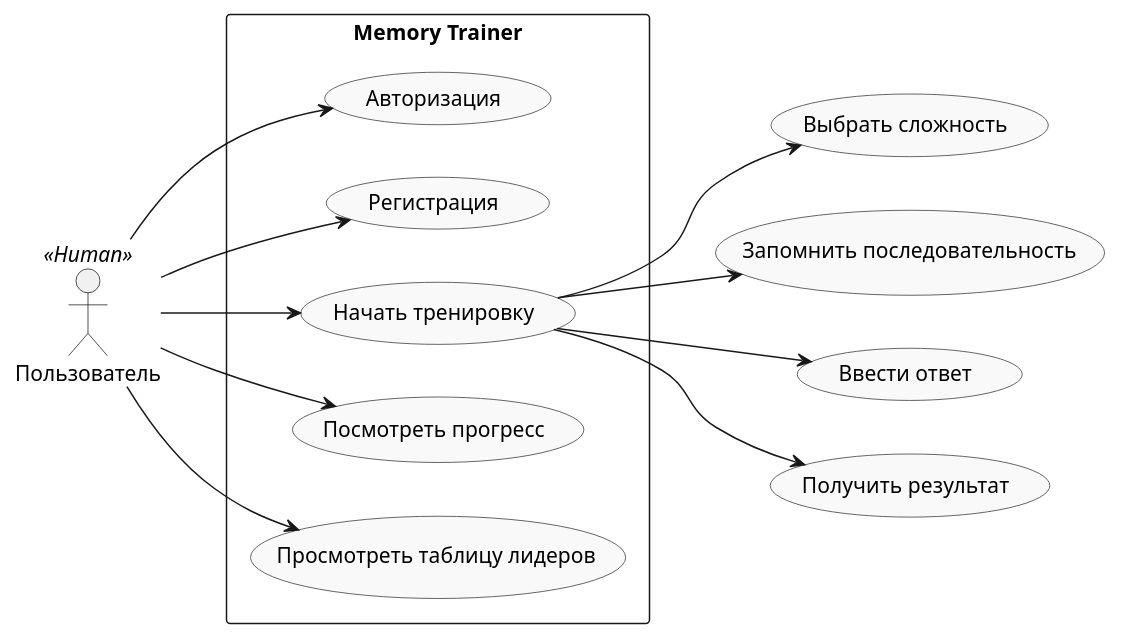
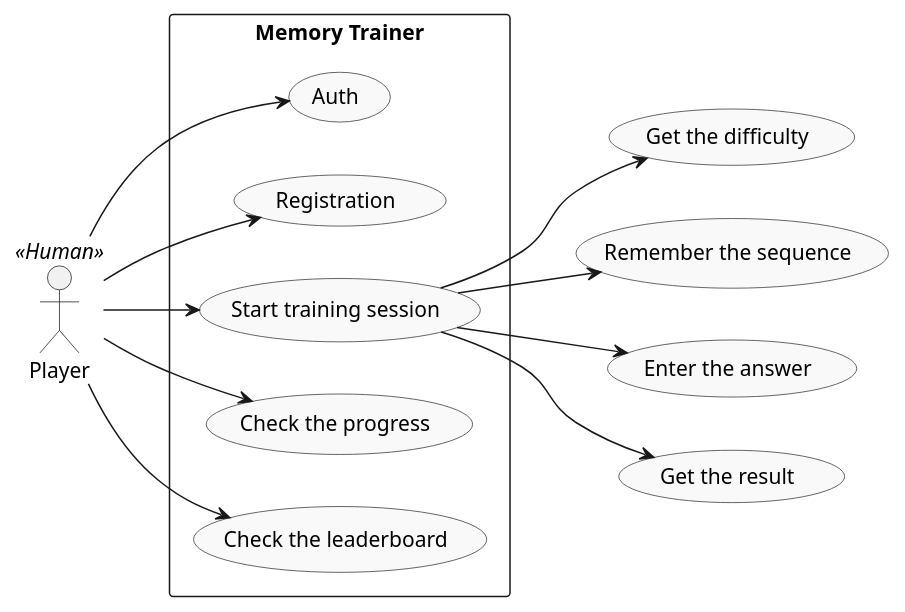
One commit to rinsteryga/mem_trainer changed the diagram in docs/use_case.puml. Above: the diagram before and after it, drawn with PlantUML.

Commit message:
use case schema update

```diff
--- a/docs/use_case.puml
+++ b/docs/use_case.puml
@@ -1,37 +1,37 @@
 @startuml memory_trainer_use_case
 
 left to right direction
 skinparam monochrome true
 skinparam usecase {
   BackgroundColor #F9F9F9
   BorderColor #333333
 }
 
-actor "Пользователь" as User <<Human>>
+actor "Player" as User <<Human>>
 
 rectangle "Memory Trainer" {
-  usecase "Авторизация" as UC1
-  usecase "Регистрация" as UC2
-  usecase "Начать тренировку" as UC3
-  usecase "Посмотреть прогресс" as UC4
-  usecase "Просмотреть таблицу лидеров" as UC5
+  usecase "Auth" as UC1
+  usecase "Registration" as UC2
+  usecase "Start training session" as UC3
+  usecase "Check the progress" as UC4
+  usecase "Check the leaderboard" as UC5
   
   User --> UC1
   User --> UC2
   User --> UC3
   User --> UC4
   User --> UC5
 }
 
 ' Расширенные сценарии
-usecase "Выбрать сложность" as UC6
-usecase "Запомнить последовательность" as UC7
-usecase "Ввести ответ" as UC8
-usecase "Получить результат" as UC9
+usecase "Get the difficulty" as UC6
+usecase "Remember the sequence" as UC7
+usecase "Enter the answer" as UC8
+usecase "Get the result" as UC9
 
 UC3 --> UC6
 UC3 --> UC7
 UC3 --> UC8
 UC3 --> UC9
 
 @enduml
```
